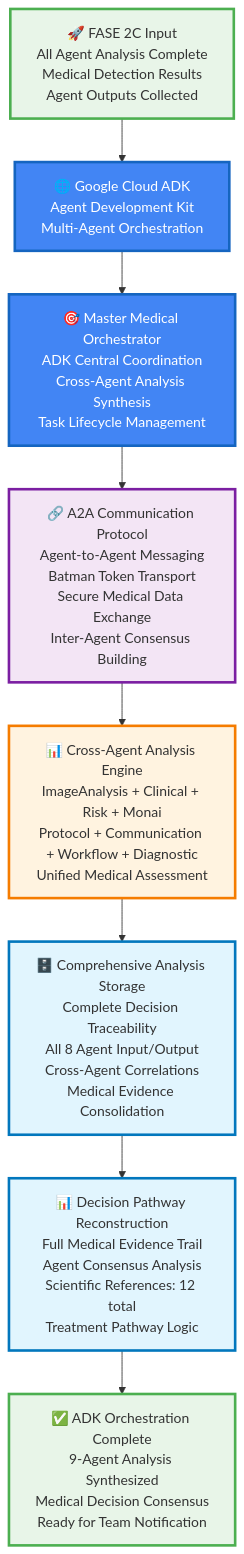
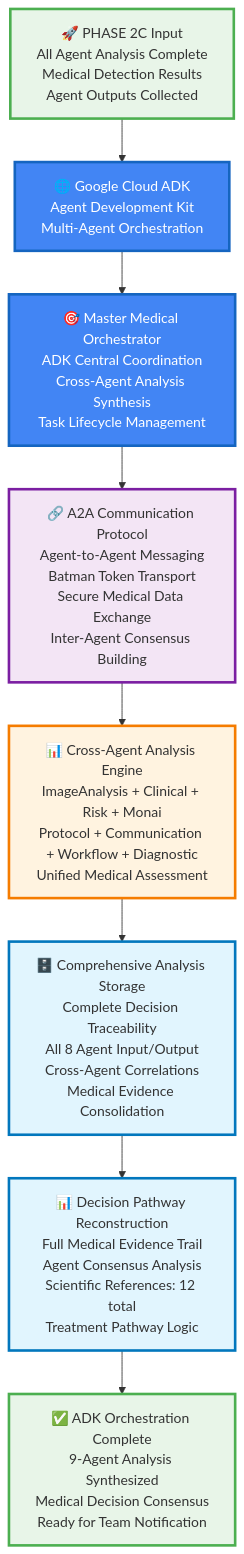
One commit to AutonomosCdM/vigia-medical-ai changed the fourth of 5 diagrams in docs/ARCHITECTURE.md. Above: the diagram before and after it, drawn with Mermaid. The commit also changed other lines of this file, not shown here.

First line of the commit message:
fix: Standardize architecture documentation to professional English

````diff
--- a/docs/ARCHITECTURE.md
+++ b/docs/ARCHITECTURE.md
@@ -245,37 +245,37 @@
 ```mermaid
 graph TD
-    %% FASE 2C INPUT - ALL AGENT OUTPUTS
-    A[🚀 FASE 2C Input<br/>All Agent Analysis Complete<br/>Medical Detection Results<br/>Agent Outputs Collected] --> B[🌐 Google Cloud ADK<br/>Agent Development Kit<br/>Multi-Agent Orchestration]
+    %% PHASE 2C INPUT - ALL AGENT OUTPUTS
+    A[🚀 PHASE 2C Input<br/>All Agent Analysis Complete<br/>Medical Detection Results<br/>Agent Outputs Collected] --> B[🌐 Google Cloud ADK<br/>Agent Development Kit<br/>Multi-Agent Orchestration]
     
     %% ADK COORDINATION ARCHITECTURE
     B --> C[🎯 Master Medical Orchestrator<br/>ADK Central Coordination<br/>Cross-Agent Analysis Synthesis<br/>Task Lifecycle Management]
     
     %% A2A COMMUNICATION PROTOCOL
     C --> D[🔗 A2A Communication Protocol<br/>Agent-to-Agent Messaging<br/>Batman Token Transport<br/>Secure Medical Data Exchange<br/>Inter-Agent Consensus Building]
     
     %% CROSS-AGENT ANALYSIS SYNTHESIS
     D --> E[📊 Cross-Agent Analysis Engine<br/>ImageAnalysis + Clinical + Risk + Monai<br/>Protocol + Communication + Workflow + Diagnostic<br/>Unified Medical Assessment]
     
     %% COMPREHENSIVE DECISION STORAGE
     E --> F[🗄️ Comprehensive Analysis Storage<br/>Complete Decision Traceability<br/>All 8 Agent Input/Output<br/>Cross-Agent Correlations<br/>Medical Evidence Consolidation]
     
     %% DECISION PATHWAY RECONSTRUCTION
     F --> G[📊 Decision Pathway Reconstruction<br/>Full Medical Evidence Trail<br/>Agent Consensus Analysis<br/>Scientific References: 12 total<br/>Treatment Pathway Logic]
     
     %% ADK ORCHESTRATION COMPLETION
     G --> H[✅ ADK Orchestration Complete<br/>9-Agent Analysis Synthesized<br/>Medical Decision Consensus<br/>Ready for Team Notification]
     
     %% STYLING
     classDef inputNode fill:#e8f5e8,stroke:#4caf50,stroke-width:3px
     classDef adkNode fill:#4285f4,stroke:#1565c0,stroke-width:3px,color:#fff
     classDef a2aNode fill:#f3e5f5,stroke:#7b1fa2,stroke-width:3px
     classDef synthesisNode fill:#fff3e0,stroke:#f57c00,stroke-width:3px
     classDef storageNode fill:#e1f5fe,stroke:#0277bd,stroke-width:3px
     classDef completionNode fill:#e8f5e8,stroke:#4caf50,stroke-width:3px
     
     class A,H inputNode
     class B,C adkNode
     class D a2aNode
     class E synthesisNode
     class F,G storageNode
 ```
````
